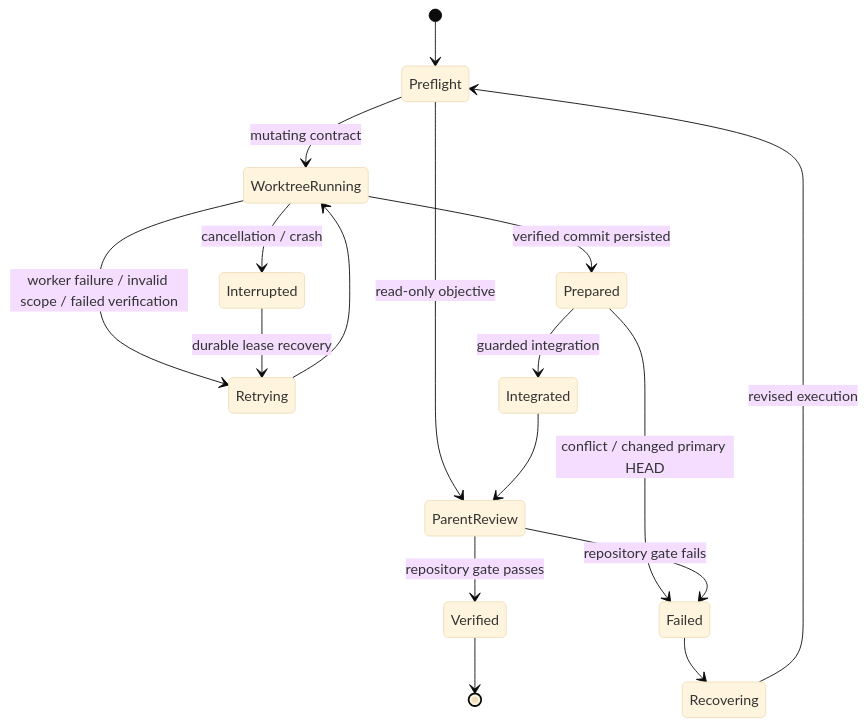
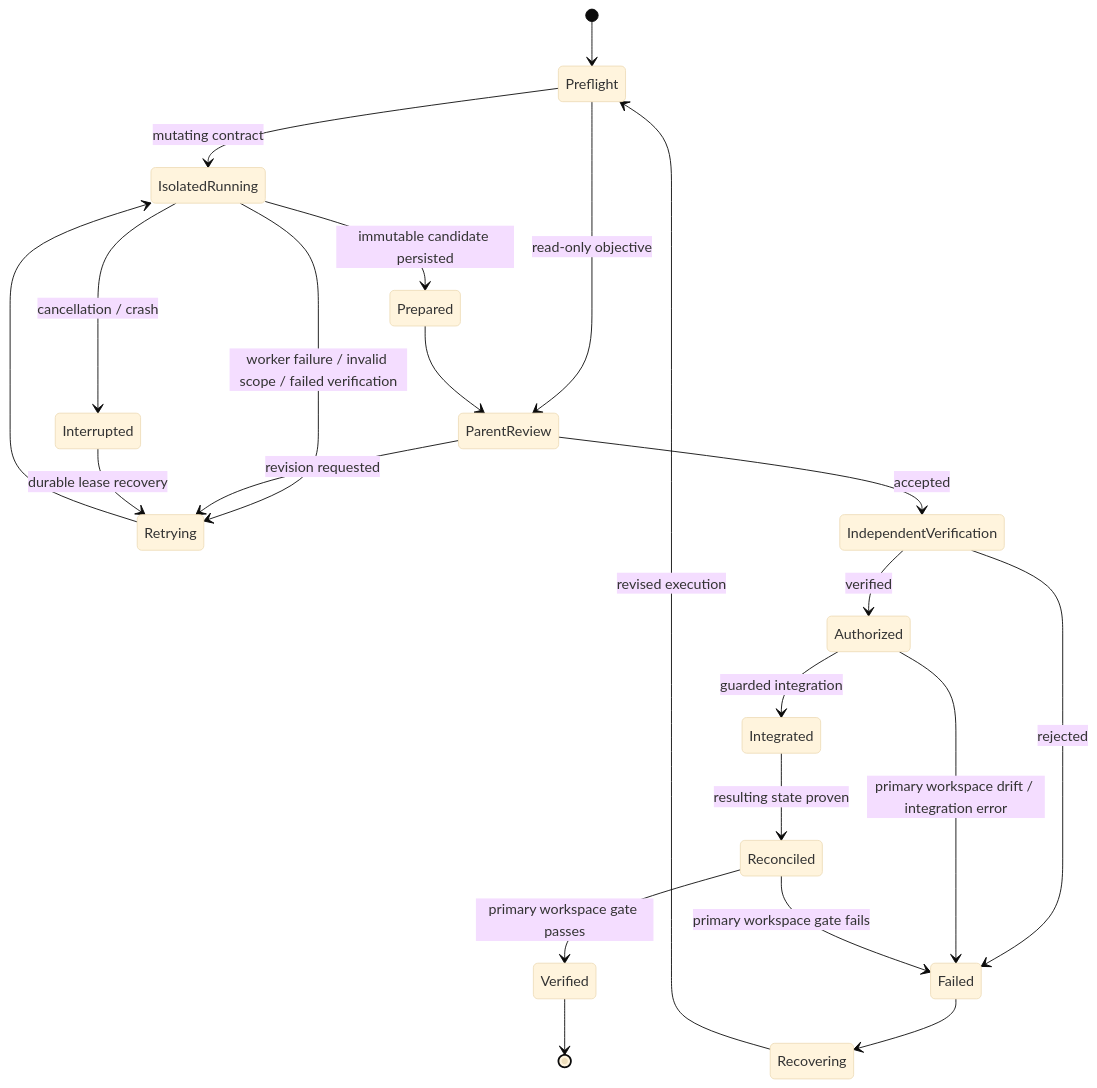
One commit to benclawbot/Medusa changed the fifth of 5 diagrams in docs/ARCHITECTURE.md. Above: the diagram before and after it, drawn with Mermaid (base theme). The commit also changed other lines of this file, not shown here.

Commit message:
docs: align architecture with workspace-aware parallel execution

````diff
--- a/docs/ARCHITECTURE.md
+++ b/docs/ARCHITECTURE.md
@@ -142,19 +173,24 @@
 ```mermaid
 stateDiagram-v2
     [*] --> Preflight
-    Preflight --> WorktreeRunning: mutating contract
+    Preflight --> IsolatedRunning: mutating contract
     Preflight --> ParentReview: read-only objective
-    WorktreeRunning --> Retrying: worker failure / invalid scope / failed verification
-    Retrying --> WorktreeRunning
-    WorktreeRunning --> Prepared: verified commit persisted
-    Prepared --> Integrated: guarded integration
-    Prepared --> Failed: conflict / changed primary HEAD
-    Integrated --> ParentReview
-    ParentReview --> Verified: repository gate passes
-    ParentReview --> Failed: repository gate fails
-    WorktreeRunning --> Interrupted: cancellation / crash
+    IsolatedRunning --> Retrying: worker failure / invalid scope / failed verification
+    Retrying --> IsolatedRunning
+    IsolatedRunning --> Prepared: immutable candidate persisted
+    Prepared --> ParentReview
+    ParentReview --> IndependentVerification: accepted
+    ParentReview --> Retrying: revision requested
+    IndependentVerification --> Authorized: verified
+    IndependentVerification --> Failed: rejected
+    Authorized --> Integrated: guarded integration
+    Authorized --> Failed: primary workspace drift / integration error
+    Integrated --> Reconciled: resulting state proven
+    Reconciled --> Verified: primary workspace gate passes
+    Reconciled --> Failed: primary workspace gate fails
+    IsolatedRunning --> Interrupted: cancellation / crash
     Interrupted --> Retrying: durable lease recovery
     Failed --> Recovering
     Recovering --> Preflight: revised execution
     Verified --> [*]
 ```
````
